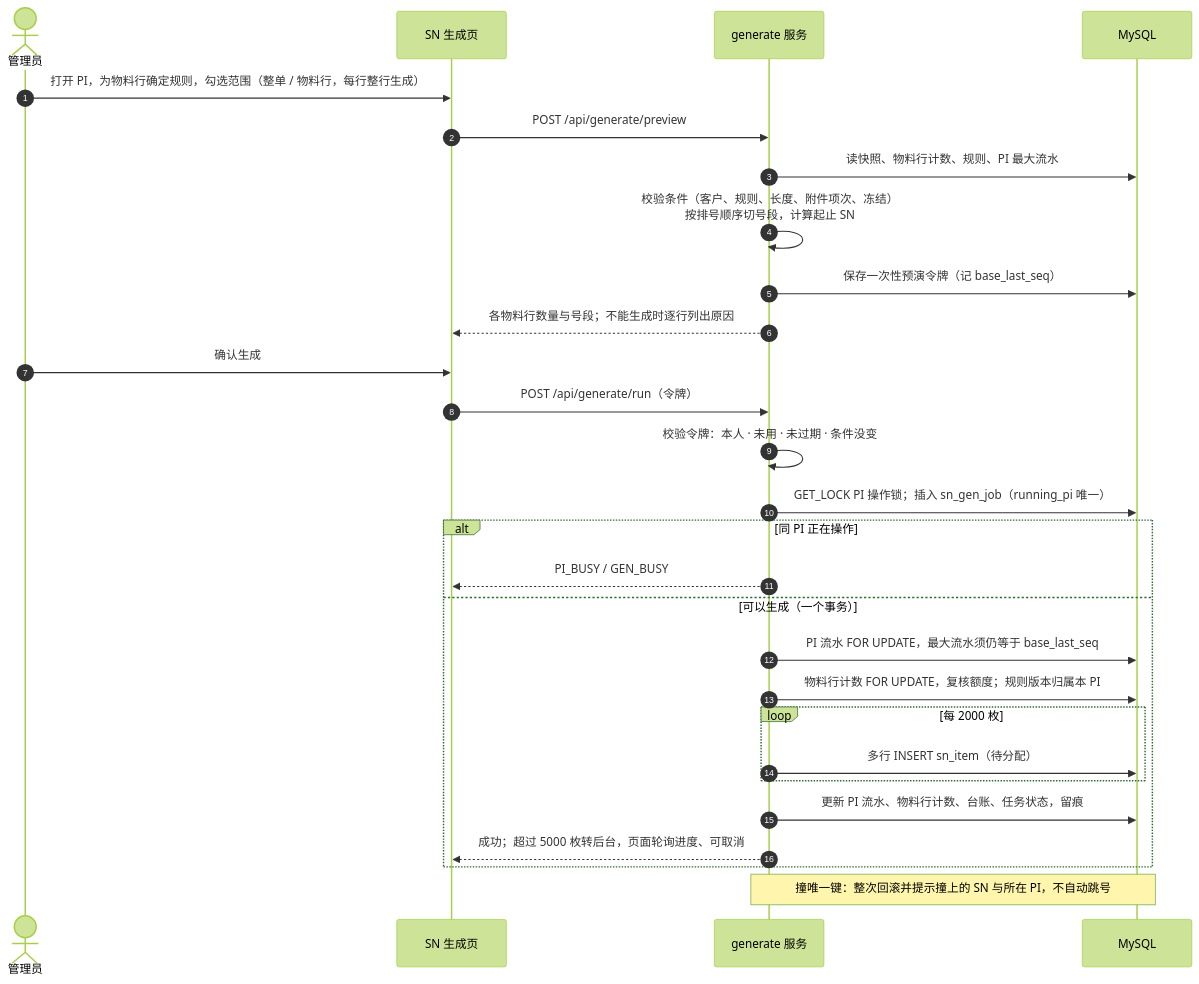
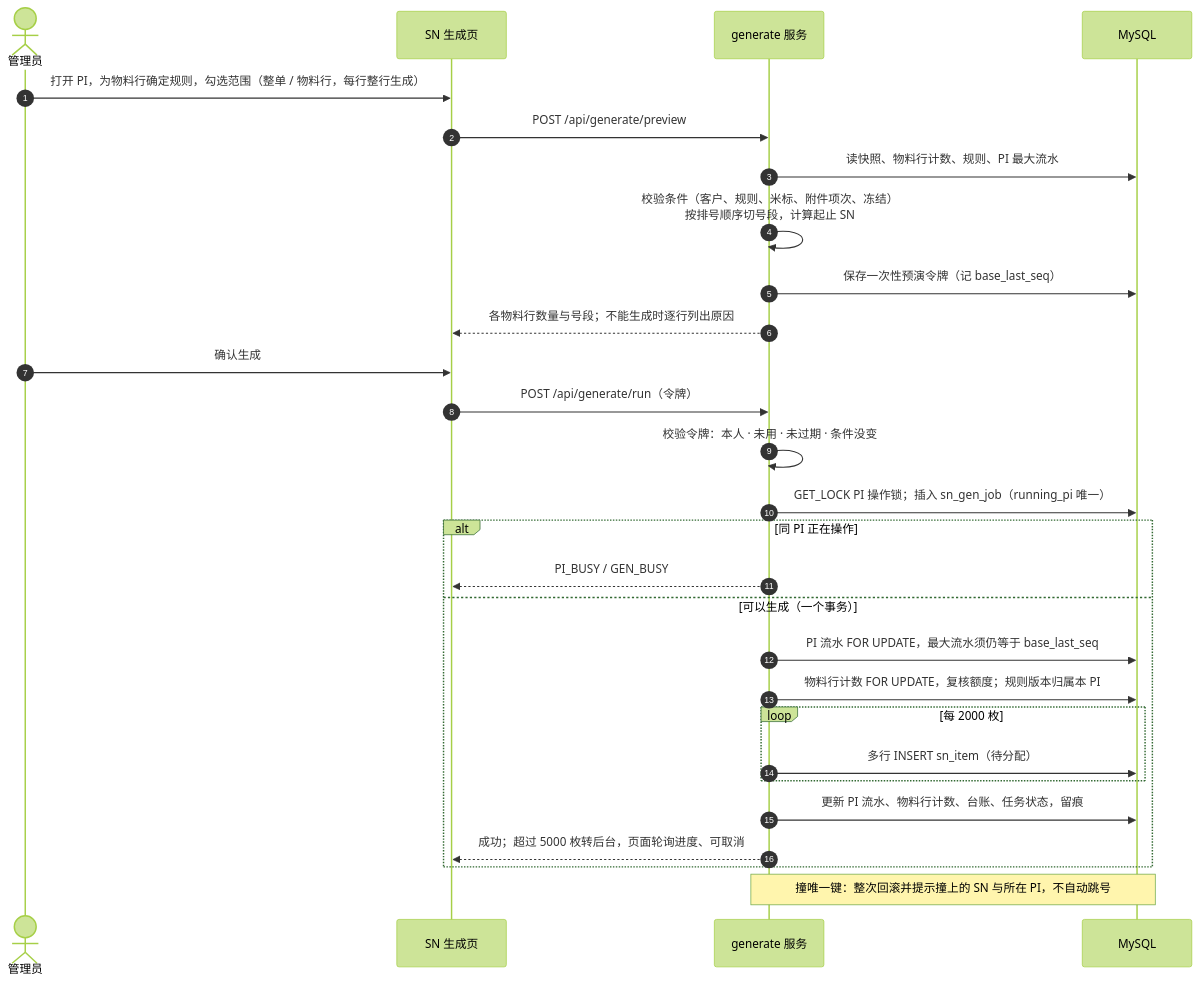
Before and after one commit to Createsnow/sn-center: the diagram in docs/images/系统技术方案/fig3-1-generate-seq.mmd, drawn with Mermaid (forest theme). The commit also changed 43 other files, not shown here.

```diff
--- a/docs/images/系统技术方案/fig3-1-generate-seq.mmd
+++ b/docs/images/系统技术方案/fig3-1-generate-seq.mmd
@@ -1,28 +1,28 @@
 sequenceDiagram
   autonumber
   actor A as 管理员
   participant P as SN 生成页
   participant G as generate 服务
   participant D as MySQL
   A->>P: 打开 PI，为物料行确定规则，勾选范围（整单 / 物料行，每行整行生成）
   P->>G: POST /api/generate/preview
   G->>D: 读快照、物料行计数、规则、PI 最大流水
-  G->>G: 校验条件（客户、规则、长度、附件项次、冻结）<br/>按排号顺序切号段，计算起止 SN
+  G->>G: 校验条件（客户、规则、米标、附件项次、冻结）<br/>按排号顺序切号段，计算起止 SN
   G->>D: 保存一次性预演令牌（记 base_last_seq）
   G-->>P: 各物料行数量与号段；不能生成时逐行列出原因
   A->>P: 确认生成
   P->>G: POST /api/generate/run（令牌）
   G->>G: 校验令牌：本人 · 未用 · 未过期 · 条件没变
   G->>D: GET_LOCK PI 操作锁；插入 sn_gen_job（running_pi 唯一）
   alt 同 PI 正在操作
     G-->>P: PI_BUSY / GEN_BUSY
   else 可以生成（一个事务）
     G->>D: PI 流水 FOR UPDATE，最大流水须仍等于 base_last_seq
     G->>D: 物料行计数 FOR UPDATE，复核额度；规则版本归属本 PI
     loop 每 2000 枚
       G->>D: 多行 INSERT sn_item（待分配）
     end
     G->>D: 更新 PI 流水、物料行计数、台账、任务状态，留痕
     G-->>P: 成功；超过 5000 枚转后台，页面轮询进度、可取消
   end
   Note over G,D: 撞唯一键：整次回滚并提示撞上的 SN 与所在 PI，不自动跳号
```
